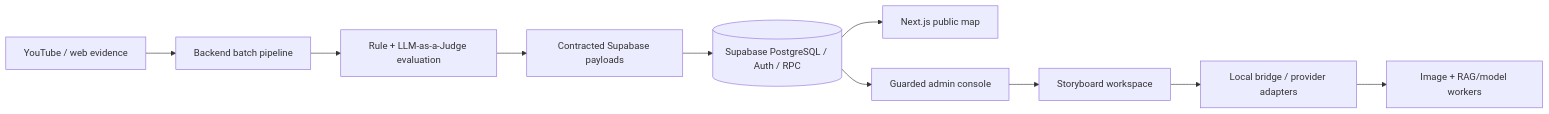
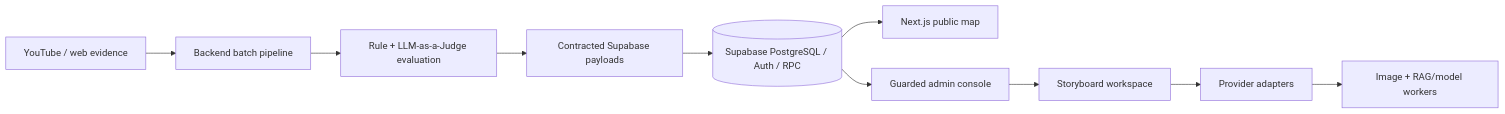
One commit to twoimo/tzudong changed the diagram in README.md. Above: the diagram before and after it, drawn with Mermaid. The commit also changed other lines of this file and 2 other files, not shown here.

Commit message:
docs: refresh README product demos

````diff
--- a/README.md
+++ b/README.md
@@ -82,12 +82,12 @@
 ```mermaid
 flowchart LR
   YouTube[YouTube / web evidence] --> Backend[Backend batch pipeline]
   Backend --> Eval[Rule + LLM-as-a-Judge evaluation]
   Eval --> Transform[Contracted Supabase payloads]
   Transform --> Supabase[(Supabase PostgreSQL / Auth / RPC)]
   Supabase --> Web[Next.js public map]
   Supabase --> Admin[Guarded admin console]
   Admin --> Storyboard[Storyboard workspace]
-  Storyboard --> Bridge[Local bridge / provider adapters]
-  Bridge --> ImageModel[Image + RAG/model workers]
+  Storyboard --> Providers[Provider adapters]
+  Providers --> ImageModel[Image + RAG/model workers]
 ```
````
